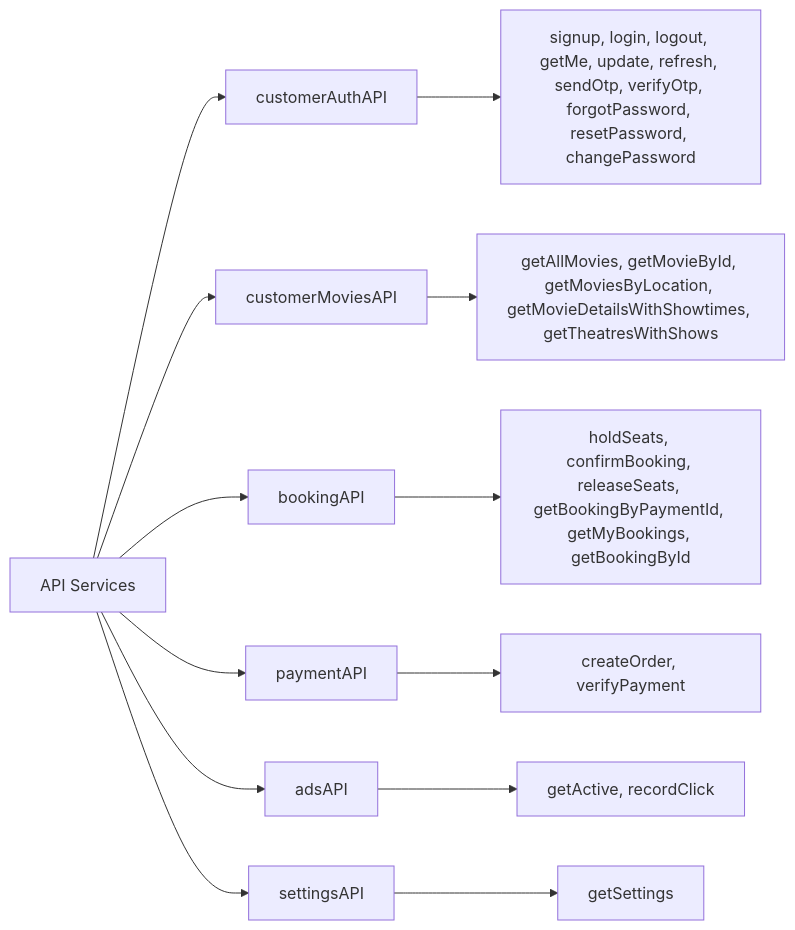
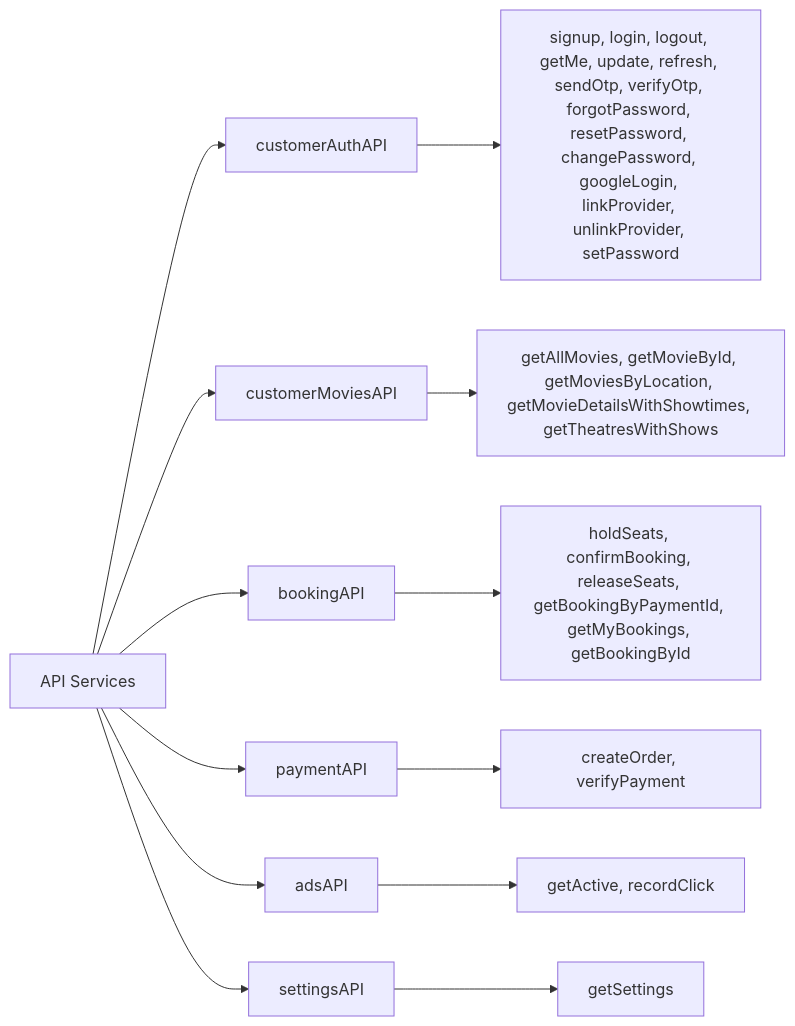
Diagram 17 of 23 in users.md (hduraimurugan/cinema-app-docs), drawn with Mermaid before and after one commit. The commit also changed other lines of this file and 3 other files, not shown here.

Commit message:
feat: implement Google and GitHub OAuth authentication flows in user and admin documentation

````diff
--- a/users.md
+++ b/users.md
@@ -1079,16 +1119,16 @@
 ```mermaid
 graph LR
     A[API Services] --> B[customerAuthAPI]
     A --> C[customerMoviesAPI]
     A --> D[bookingAPI]
     A --> E[paymentAPI]
     A --> F2[adsAPI]
     A --> G2[settingsAPI]
 
-    B --> F[signup, login, logout, getMe, update, refresh, sendOtp, verifyOtp, forgotPassword, resetPassword, changePassword]
+    B --> F[signup, login, logout, getMe, update, refresh, sendOtp, verifyOtp, forgotPassword, resetPassword, changePassword, googleLogin, linkProvider, unlinkProvider, setPassword]
     C --> G[getAllMovies, getMovieById, getMoviesByLocation, getMovieDetailsWithShowtimes, getTheatresWithShows]
     D --> H[holdSeats, confirmBooking, releaseSeats, getBookingByPaymentId, getMyBookings, getBookingById]
     E --> I[createOrder, verifyPayment]
     F2 --> J[getActive, recordClick]
     G2 --> K[getSettings]
 ```
````
